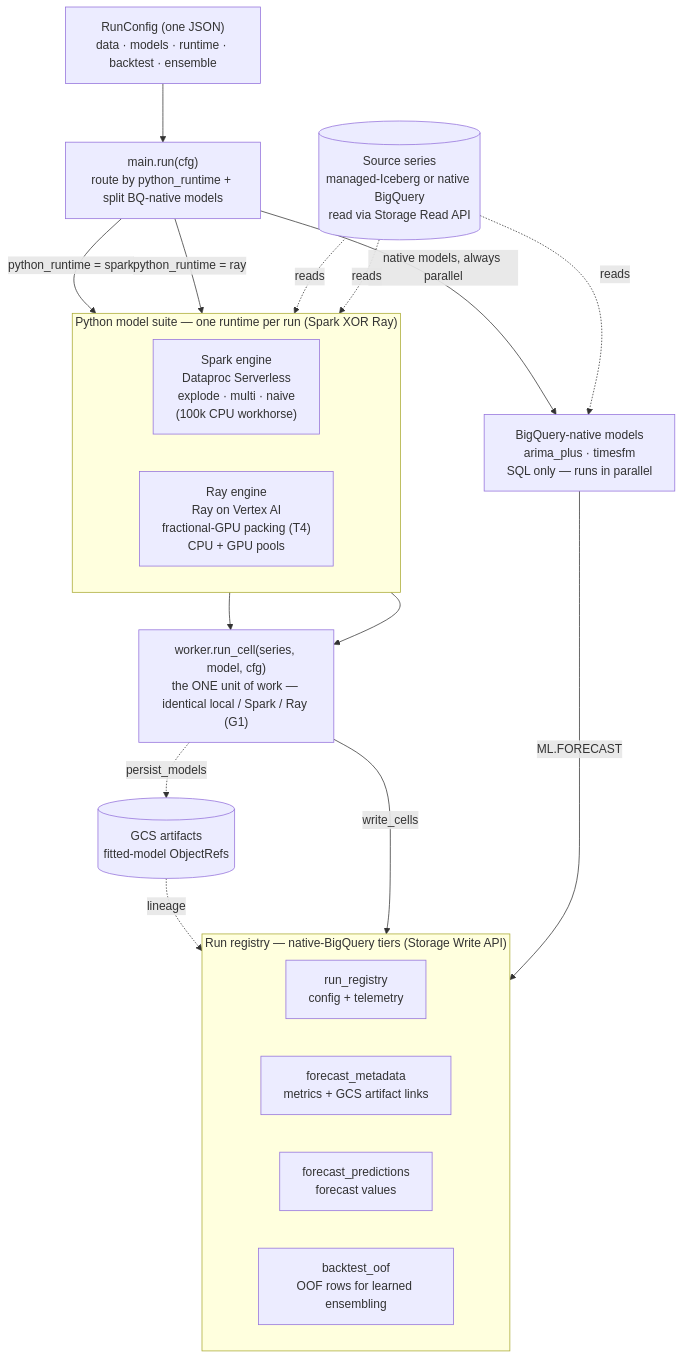
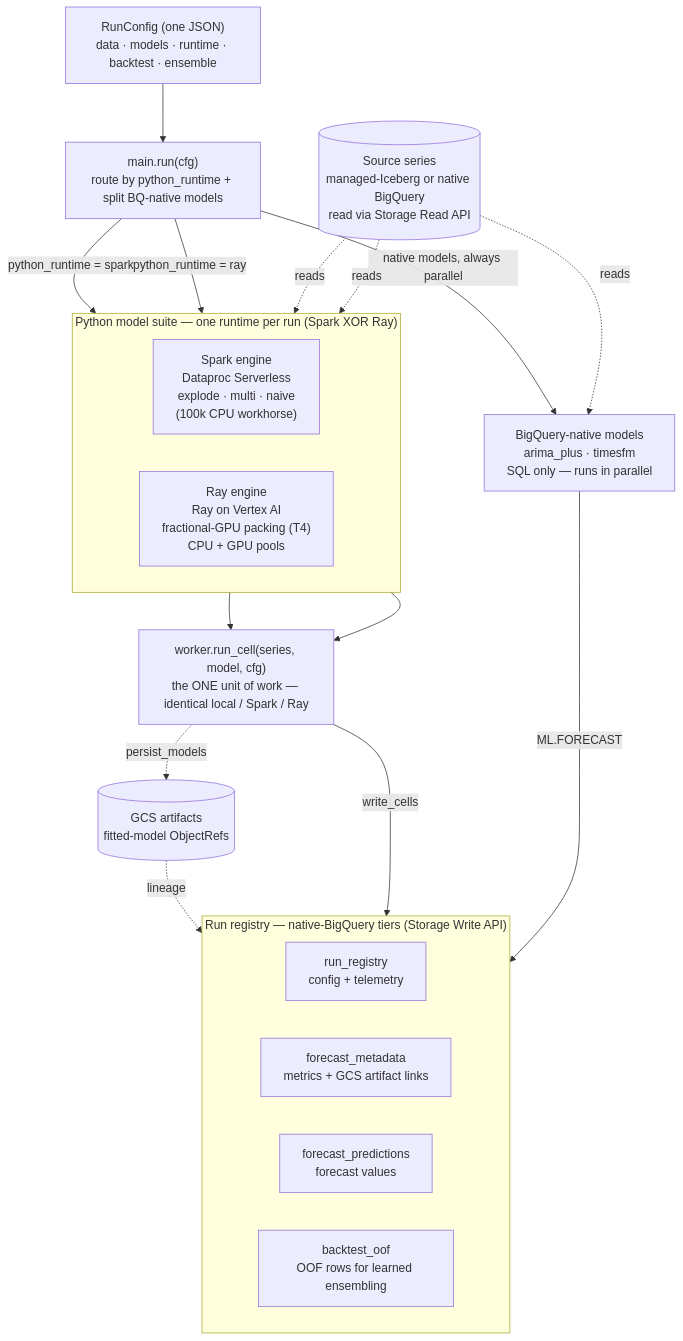
The diagram in README.md (statmike/scale-forecasting), drawn with Mermaid before and after one commit. The commit also changed other lines of this file and 9 other files, not shown here.

````diff
--- a/README.md
+++ b/README.md
@@ -84,41 +87,41 @@
 ```mermaid
 flowchart TB
     cfg["RunConfig (one JSON)<br/>data · models · runtime · backtest · ensemble"]
     entry["main.run(cfg)<br/>route by python_runtime + split BQ-native models"]
     cfg --> entry
 
     subgraph py["Python model suite — one runtime per run (Spark XOR Ray)"]
         direction LR
         spark["Spark engine<br/>Dataproc Serverless<br/>explode · multi · naive<br/>(100k CPU workhorse)"]
         ray["Ray engine<br/>Ray on Vertex AI<br/>fractional-GPU packing (T4)<br/>CPU + GPU pools"]
     end
 
     bq["BigQuery-native models<br/>arima_plus · timesfm<br/>SQL only — runs in parallel"]
 
     entry -->|"python_runtime = spark"| spark
     entry -->|"python_runtime = ray"| ray
     entry -->|"native models, always parallel"| bq
 
-    cell["worker.run_cell(series, model, cfg)<br/>the ONE unit of work — identical local / Spark / Ray (G1)"]
+    cell["worker.run_cell(series, model, cfg)<br/>the ONE unit of work — identical local / Spark / Ray"]
     spark --> cell
     ray --> cell
 
     data[("Source series<br/>managed-Iceberg or native BigQuery<br/>read via Storage Read API")]
     data -.->|reads| spark
     data -.->|reads| ray
     data -.->|reads| bq
 
     subgraph reg["Run registry — native-BigQuery tiers (Storage Write API)"]
         direction LR
         r1["run_registry<br/>config + telemetry"]
         r2["forecast_metadata<br/>metrics + GCS artifact links"]
         r3["forecast_predictions<br/>forecast values"]
         r4["backtest_oof<br/>OOF rows for learned ensembling"]
     end
 
     cell -->|write_cells| reg
     bq -->|ML.FORECAST| reg
     art[("GCS artifacts<br/>fitted-model ObjectRefs")]
     cell -.->|persist_models| art
     art -.->|lineage| r2
 ```
````
